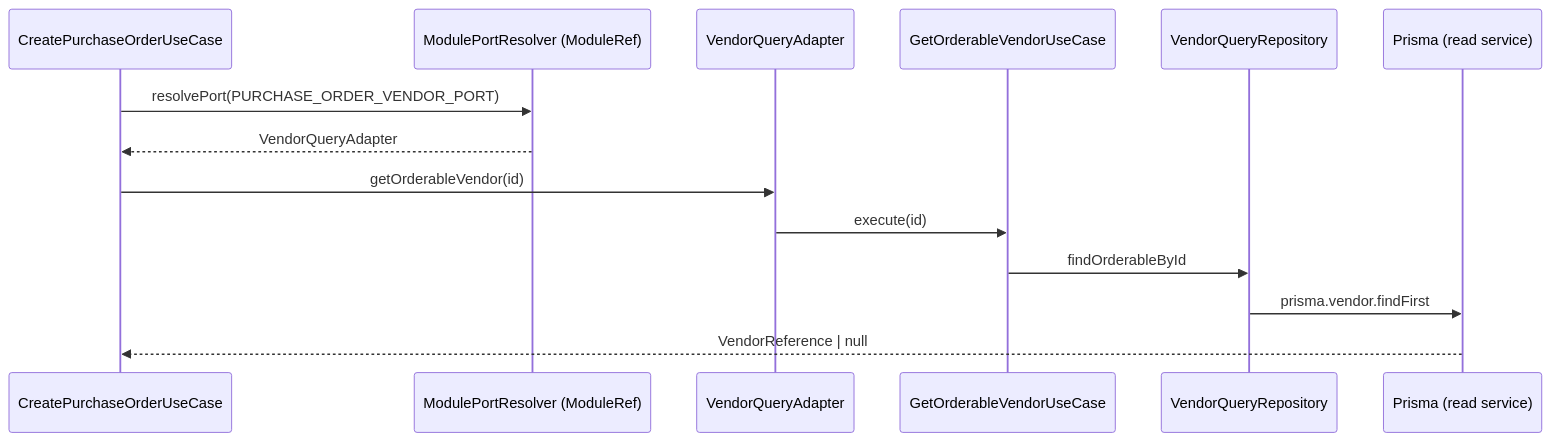
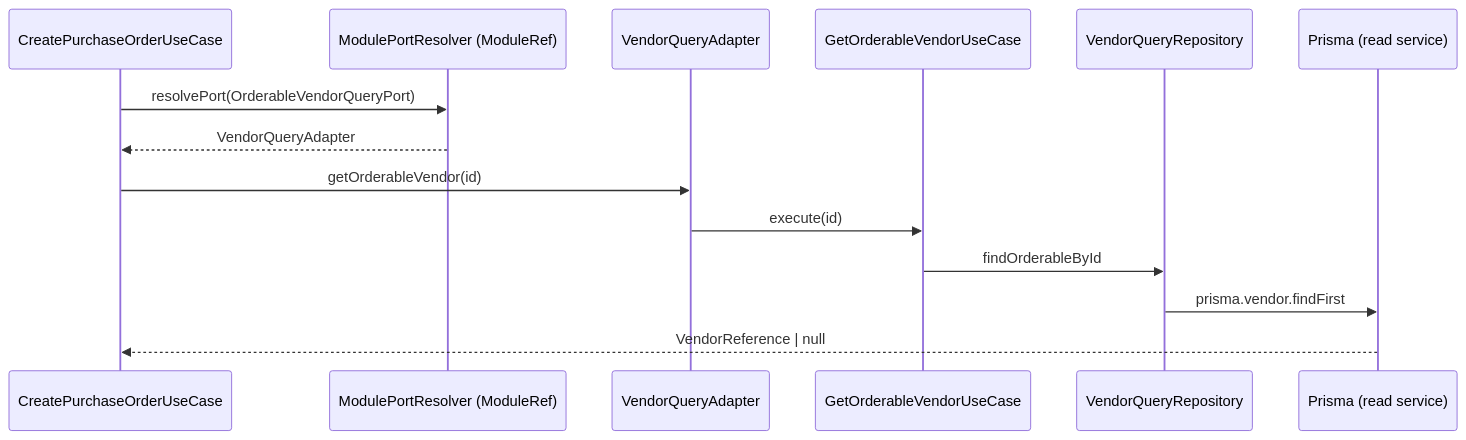
One commit to ashrafemon/ddd-boilerplate changed the second of 3 diagrams in ARCHITECTURE.md. Above: the diagram before and after it, drawn with Mermaid. The commit also changed other lines of this file and 41 other files, not shown here.

````diff
--- a/ARCHITECTURE.md
+++ b/ARCHITECTURE.md
@@ -347,16 +347,16 @@
 ```mermaid
 sequenceDiagram
     participant PO as CreatePurchaseOrderUseCase
     participant RES as ModulePortResolver (ModuleRef)
     participant VA as VendorQueryAdapter
     participant UC as GetOrderableVendorUseCase
     participant VR as VendorQueryRepository
     participant DB as Prisma (read service)
-    PO->>RES: resolvePort(PURCHASE_ORDER_VENDOR_PORT)
+    PO->>RES: resolvePort(OrderableVendorQueryPort)
     RES-->>PO: VendorQueryAdapter
     PO->>VA: getOrderableVendor(id)
     VA->>UC: execute(id)
     UC->>VR: findOrderableById
     VR->>DB: prisma.vendor.findFirst
     DB-->>PO: VendorReference | null
 ```
````
